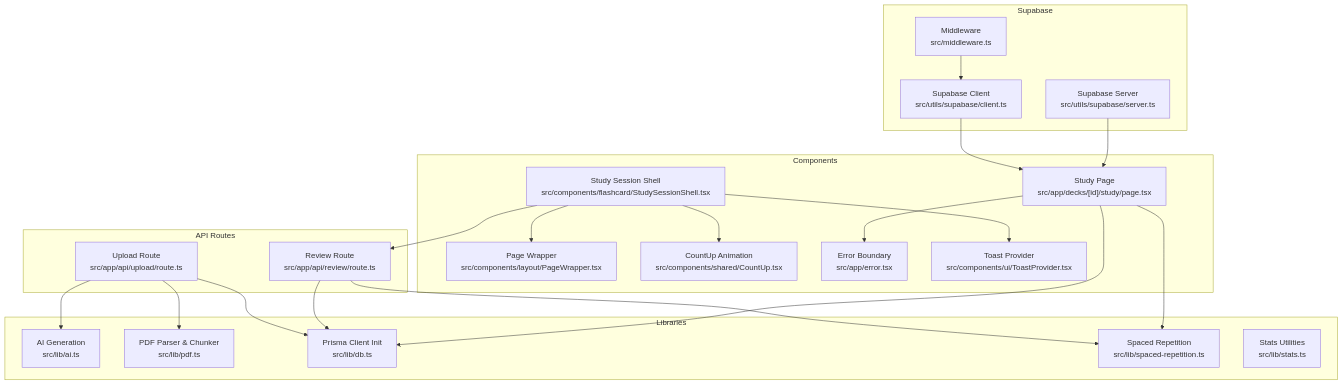
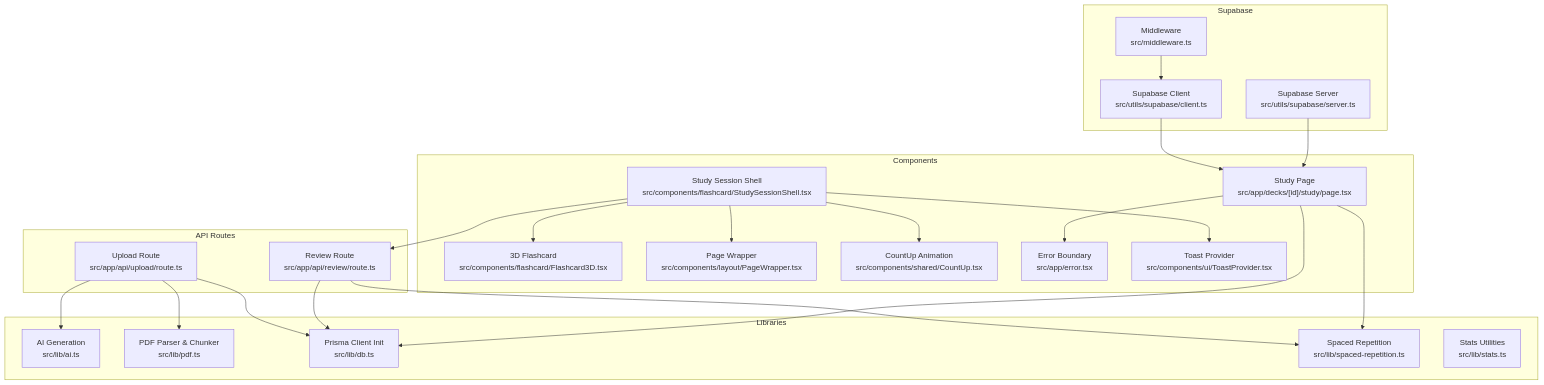
The first of 3 diagrams in .qoder/repowiki/en/content/Advanced Topics/Troubleshooting and Debugging.md (nitish-niraj/cumathassignment), drawn with Mermaid before and after one commit. The commit also changed other lines of this file and 3 other files, not shown here.

````diff
--- a/.qoder/repowiki/en/content/Advanced Topics/Troubleshooting and Debugging.md
+++ b/.qoder/repowiki/en/content/Advanced Topics/Troubleshooting and Debugging.md
@@ -67,42 +70,44 @@
 ```mermaid
 graph TB
 subgraph "API Routes"
 Upload["Upload Route<br/>src/app/api/upload/route.ts"]
 Review["Review Route<br/>src/app/api/review/route.ts"]
 end
 subgraph "Libraries"
 AI["AI Generation<br/>src/lib/ai.ts"]
 PDF["PDF Parser & Chunker<br/>src/lib/pdf.ts"]
 DB["Prisma Client Init<br/>src/lib/db.ts"]
 SR["Spaced Repetition<br/>src/lib/spaced-repetition.ts"]
 STATS["Stats Utilities<br/>src/lib/stats.ts"]
 end
 subgraph "Supabase"
 SC["Supabase Client<br/>src/utils/supabase/client.ts"]
 SS["Supabase Server<br/>src/utils/supabase/server.ts"]
 MW["Middleware<br/>src/middleware.ts"]
 end
 subgraph "Components"
 StudyPage["Study Page<br/>src/app/decks/[id]/study/page.tsx"]
 StudyShell["Study Session Shell<br/>src/components/flashcard/StudySessionShell.tsx"]
+Flashcard3D["3D Flashcard<br/>src/components/flashcard/Flashcard3D.tsx"]
 PageWrapper["Page Wrapper<br/>src/components/layout/PageWrapper.tsx"]
 CountUp["CountUp Animation<br/>src/components/shared/CountUp.tsx"]
 ErrorBoundary["Error Boundary<br/>src/app/error.tsx"]
 Toast["Toast Provider<br/>src/components/ui/ToastProvider.tsx"]
 end
 Upload --> PDF
 Upload --> AI
 Upload --> DB
 Review --> DB
 Review --> SR
 StudyPage --> DB
 StudyPage --> SR
 StudyShell --> Review
 StudyShell --> Toast
 StudyShell --> PageWrapper
+StudyShell --> Flashcard3D
 StudyShell --> CountUp
 StudyPage --> ErrorBoundary
 SC --> StudyPage
 SS --> StudyPage
 MW --> SC
 ```
````
